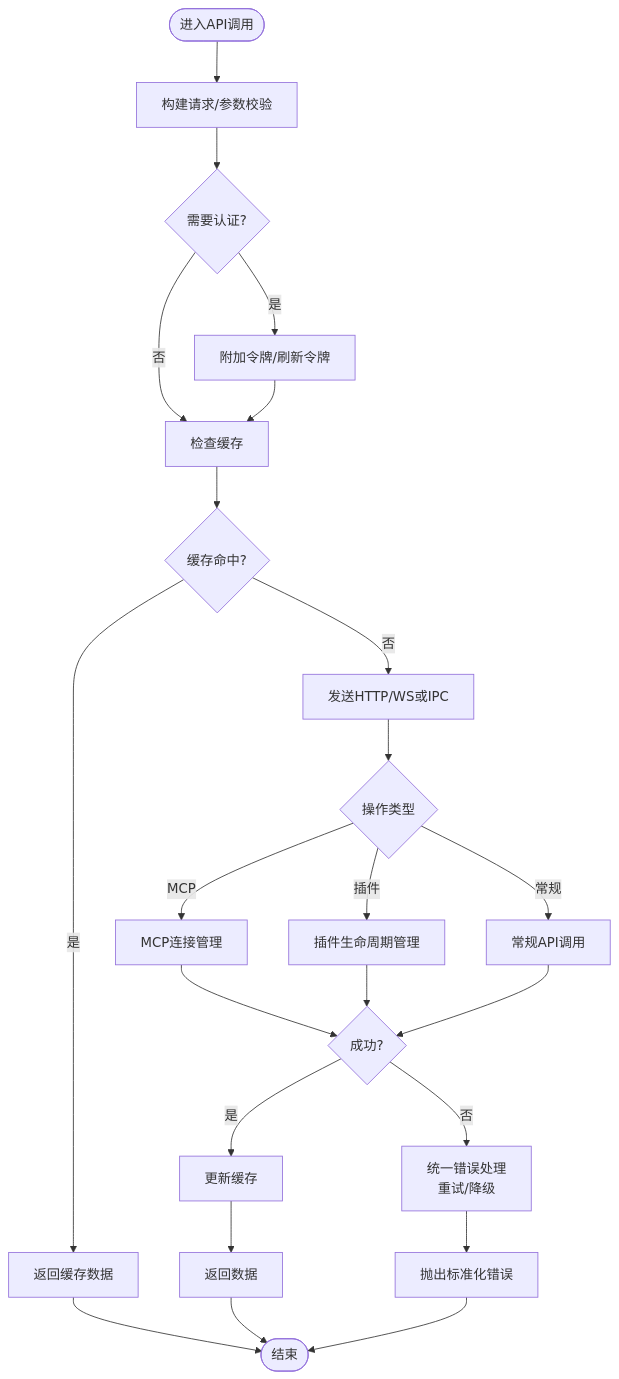
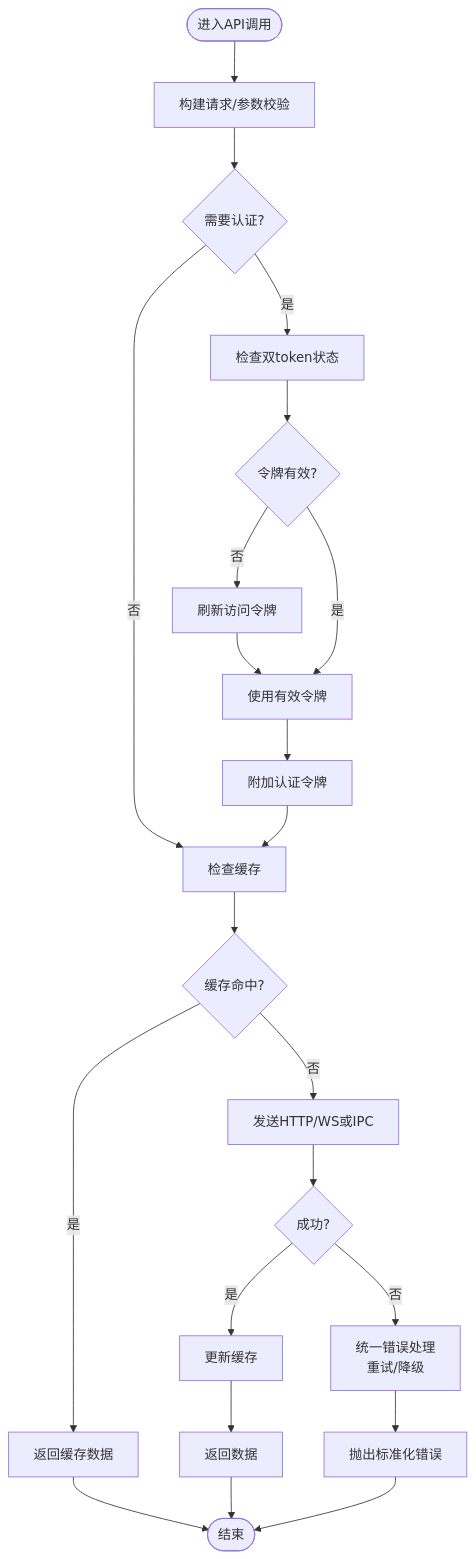
The third of 7 diagrams in .qoder/repowiki/zh/content/前端架构/API集成层.md (kkutysllb/KCoder), drawn with Mermaid before and after one commit. The commit also changed other lines of this file and 141 other files, not shown here.

````diff
--- a/.qoder/repowiki/zh/content/前端架构/API集成层.md
+++ b/.qoder/repowiki/zh/content/前端架构/API集成层.md
@@ -157,25 +148,24 @@
 ```mermaid
 flowchart TD
 Start(["进入API调用"]) --> Build["构建请求/参数校验"]
 Build --> Auth{"需要认证?"}
-Auth --> |是| AttachToken["附加令牌/刷新令牌"]
+Auth --> |是| CheckTokens["检查双token状态"]
+CheckTokens --> TokenValid{"令牌有效?"}
+TokenValid --> |否| RefreshTokens["刷新访问令牌"]
+RefreshTokens --> UseTokens["使用有效令牌"]
+TokenValid --> |是| UseTokens
+UseTokens --> AttachToken["附加认证令牌"]
 Auth --> |否| CacheCheck["检查缓存"]
 AttachToken --> CacheCheck
 CacheCheck --> Hit{"缓存命中?"}
 Hit --> |是| ReturnCache["返回缓存数据"]
 Hit --> |否| Send["发送HTTP/WS或IPC"]
-Send --> Type{"操作类型"}
-Type --> |MCP| MCPFlow["MCP连接管理"]
-Type --> |插件| PluginFlow["插件生命周期管理"]
-Type --> |常规| RegularFlow["常规API调用"]
-MCPFlow --> Resp{"成功?"}
-PluginFlow --> Resp
-RegularFlow --> Resp
+Send --> Resp{"成功?"}
 Resp --> |否| HandleErr["统一错误处理<br/>重试/降级"]
 Resp --> |是| UpdateCache["更新缓存"]
 UpdateCache --> ReturnData["返回数据"]
 HandleErr --> ReturnError["抛出标准化错误"]
 ReturnCache --> End(["结束"])
 ReturnData --> End
 ReturnError --> End
 ```
````
